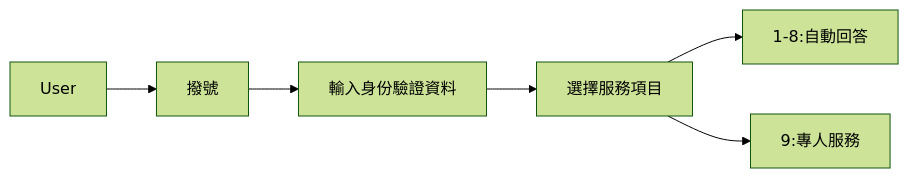
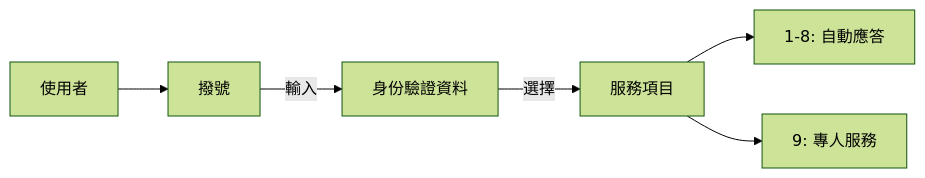
The first of 6 diagrams in source/_posts/how-bot-works.md (gasolin/blog), drawn with Mermaid (forest theme) before and after one commit. The commit also changed other lines of this file and 1 other file, not shown here.

```diff
--- a/source/_posts/how-bot-works.md
+++ b/source/_posts/how-bot-works.md
@@ -16,8 +16,8 @@
 {% mermaid %}
 graph LR
-User --> dial[撥號]
-dial --> identify[輸入身份驗證資料]
-identify --> number
-number[選擇服務項目] --> auto[1-8:自動回答]
-number --> man[9:專人服務]
+User[使用者] --> dial[撥號]
+dial -- 輸入 --> identify[身份驗證資料]
+identify -- 選擇 --> number[服務項目]
+number --> auto[1-8: 自動應答]
+number --> manual[9: 專人服務]
 {% endmermaid %}
```
